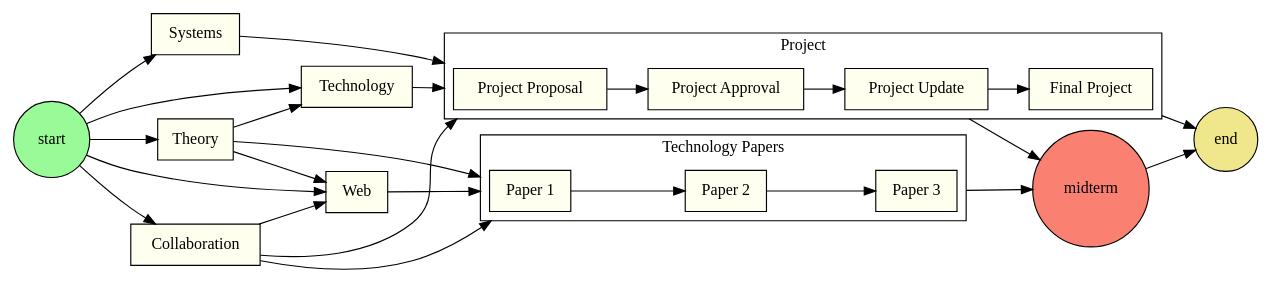
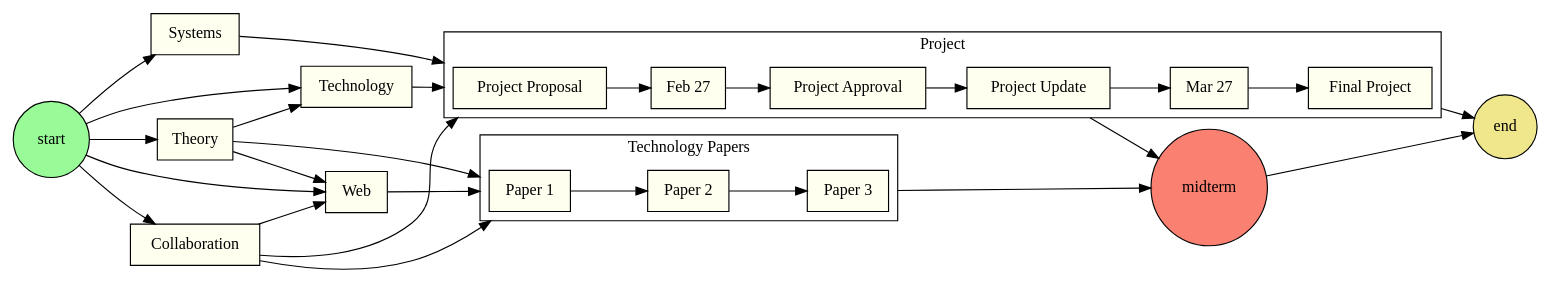
The diagram in docs/source/i524/index.rst (cloudmesh/classes), drawn with Graphviz before and after one commit.

Commit message:
new:dev: first dates in graph

```diff
--- a/docs/source/i524/index.rst
+++ b/docs/source/i524/index.rst
@@ -79,41 +79,42 @@
 .. graphviz::
 
    digraph class {
       rankdir="LR";
       compound=true;
       node [shape=box,
             style=filled,
             fillcolor=ivory];
 
       subgraph cluster_prj {
-		"Project Proposal" -> "Project Approval" -> "Project Update" -> "Final Project";
+		"Project Proposal" -> "Feb 27" -> "Project Approval" ->
+		"Project Update" -> "Mar 27" -> "Final Project";
 		label = "Project";
 	}
 
       subgraph cluster_ppr {
 		"Paper 1" -> "Paper 2" -> "Paper 3";
 		label = "Technology Papers";
 	}
 
 	
       "start" [shape=circle,fillcolor=palegreen];
       "end" [shape=circle,fillcolor=khaki];
       "midterm" [shape=circle,fillcolor=salmon];
       
       "start" -> "Technology";
       "start" -> "Collaboration";
       "start" -> "Systems";
       "start" -> "Theory";
       "start" -> "Web" -> "Paper 1" [lhead=cluster_ppr];
       "Paper 3" -> "midterm" [ltail=cluster_ppr];
       "midterm" -> "end";
       "Theory" -> "Technology" -> "Project Proposal" [lhead=cluster_prj];
       "Collaboration" -> "Project Proposal" [lhead=cluster_prj];
       "Collaboration" -> "Paper 1" [lhead=cluster_ppr];
       "Collaboration" -> "Web";
       "Systems" -> "Project Proposal" [lhead=cluster_prj];
       "Theory" -> "Web";
       "Theory" -> "Paper 1" [lhead=cluster_ppr];
       "Project Update" -> "midterm" [ltail=cluster_prj];
       "Final Project" -> "end" [ltail=cluster_prj];
    }
```
